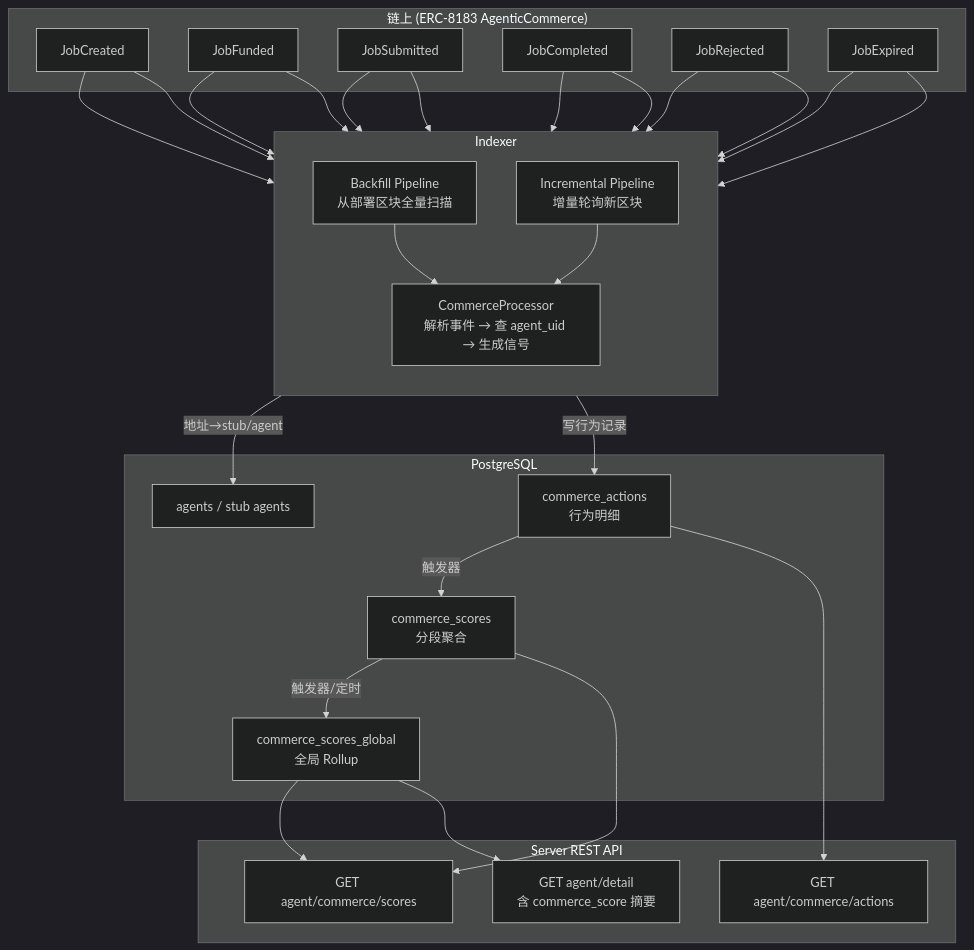
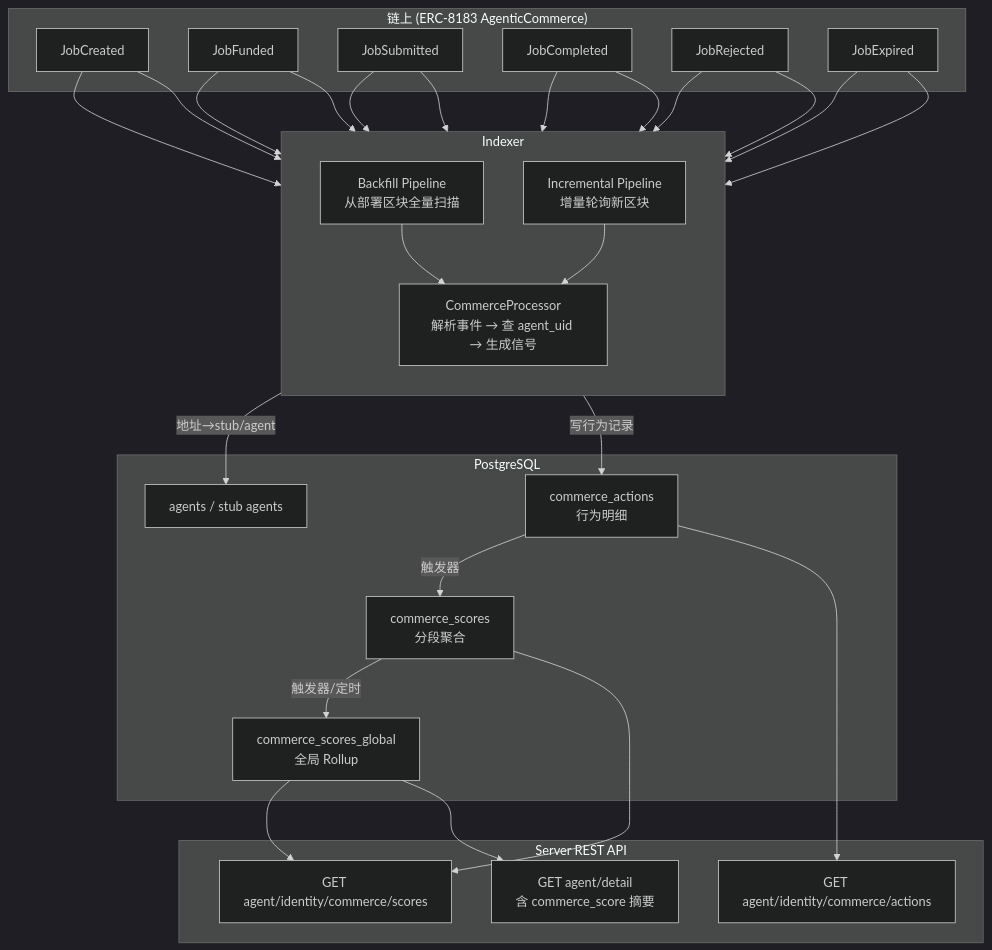
One commit to stopWarByWar/erc8004 changed the fourth of 5 diagrams in docs/designs/202604021000_erc8183-reputation.md. Above: the diagram before and after it, drawn with Mermaid (dark theme). The commit also changed other lines of this file and 21 other files, not shown here.

````diff
--- a/docs/designs/202604021000_erc8183-reputation.md
+++ b/docs/designs/202604021000_erc8183-reputation.md
@@ -374,44 +374,44 @@
 ```mermaid
 flowchart TB
   subgraph chain ["链上 (ERC-8183 AgenticCommerce)"]
     C1[JobCreated]
     C2[JobFunded]
     C3[JobSubmitted]
     C4[JobCompleted]
     C5[JobRejected]
     C6[JobExpired]
   end
 
   subgraph indexer ["Indexer"]
     direction TB
     BP["Backfill Pipeline\n从部署区块全量扫描"]
     IP["Incremental Pipeline\n增量轮询新区块"]
     CP["CommerceProcessor\n解析事件 → 查 agent_uid → 生成信号"]
   end
 
   subgraph db ["PostgreSQL"]
     T0["agents / stub agents"]
     T1["commerce_actions\n行为明细"]
     T2["commerce_scores\n分段聚合"]
     T3["commerce_scores_global\n全局 Rollup"]
   end
 
   subgraph api ["Server REST API"]
-    A1["GET agent/commerce/scores"]
-    A2["GET agent/commerce/actions"]
+    A1["GET agent/identity/commerce/scores"]
+    A2["GET agent/identity/commerce/actions"]
     A3["GET agent/detail\n含 commerce_score 摘要"]
   end
 
   C1 & C2 & C3 & C4 & C5 & C6 --> BP
   C1 & C2 & C3 & C4 & C5 & C6 --> IP
   BP --> CP
   IP --> CP
   CP -->|"地址→stub/agent"| T0
   CP -->|"写行为记录"| T1
   T1 -->|"触发器"| T2
   T2 -->|"触发器/定时"| T3
   T1 --> A2
   T2 --> A1
   T3 --> A1
   T3 --> A3
 ```
````
